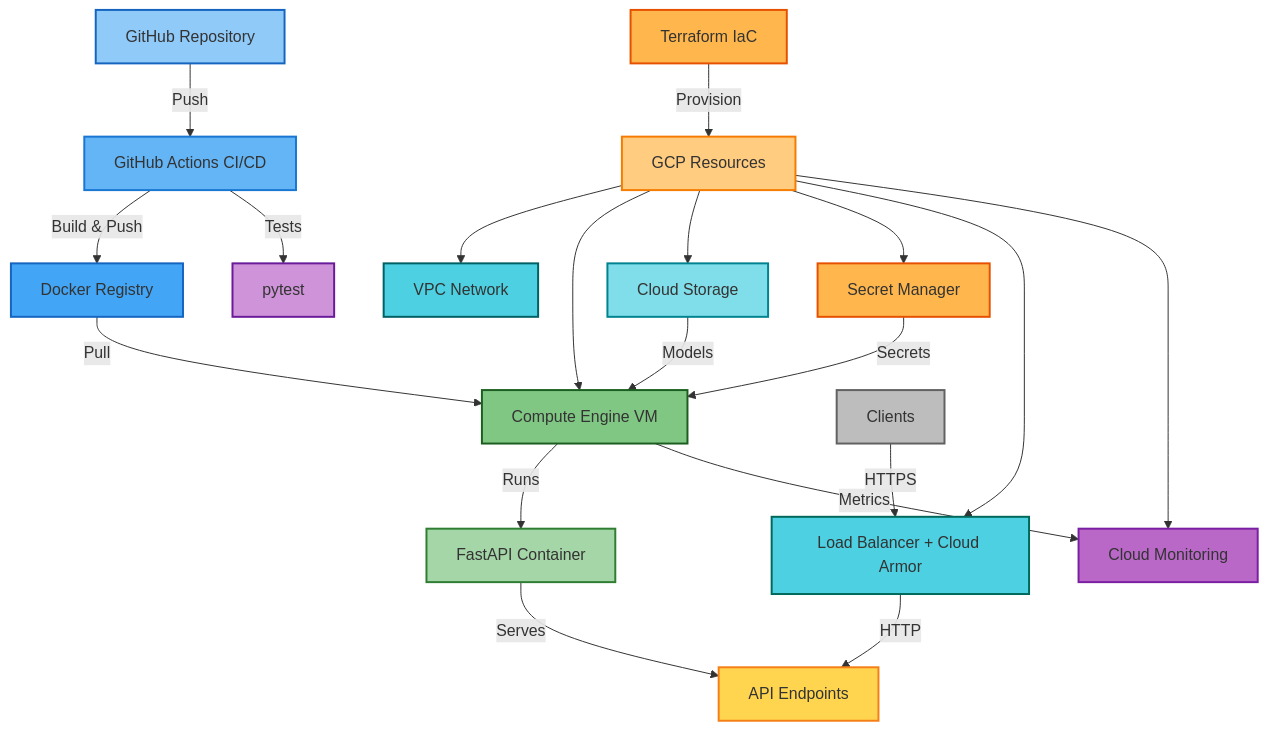
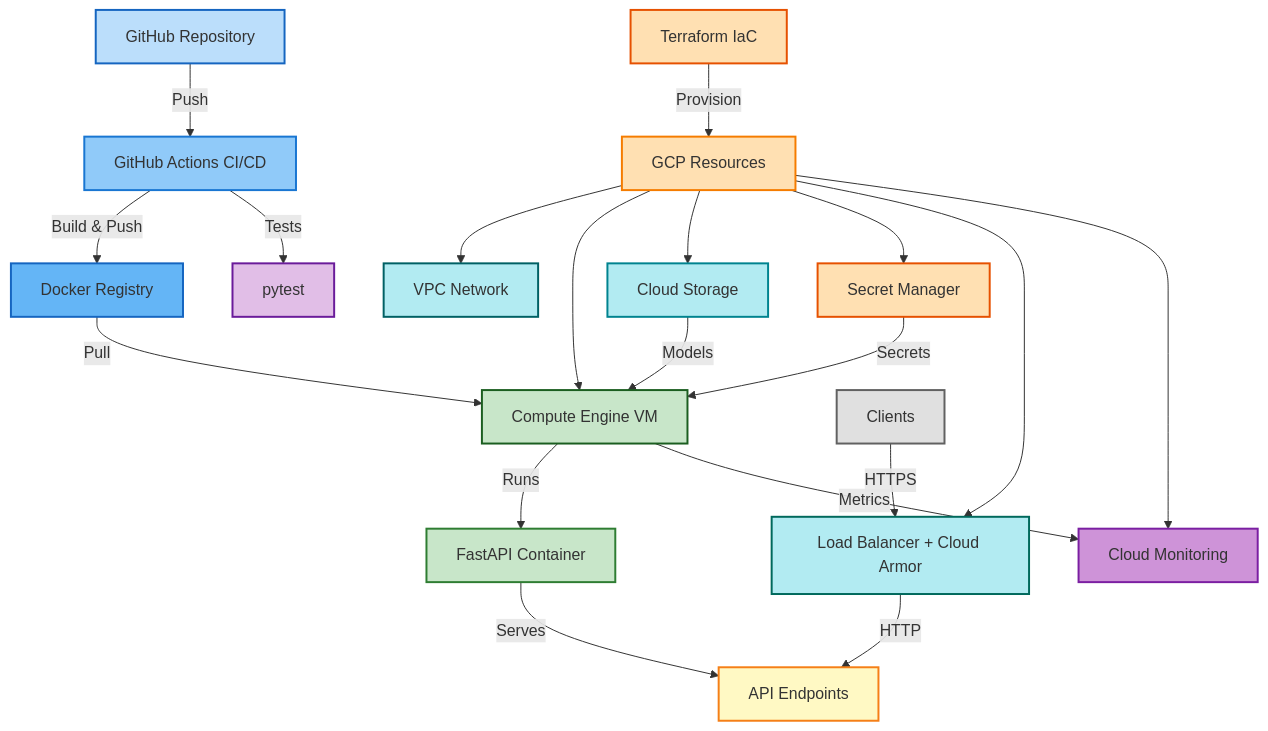
One commit to estephe-arnaud/mlops-core changed the diagram in README.md. Above: the diagram before and after it, drawn with Mermaid.

Commit message:
Update README to enhance color scheme descriptions for various project components, changing labels from 'doux' to 'clair' for improved clarity and consistency in visual representation.

````diff
--- a/README.md
+++ b/README.md
@@ -31,54 +31,54 @@
 ```mermaid
 graph TB
     A[GitHub Repository] -->|Push| B[GitHub Actions CI/CD]
     B -->|Build & Push| C[Docker Registry]
     B -->|Tests| D[pytest]
     
     E[Terraform IaC] -->|Provision| F[GCP Resources]
     F --> G[VPC Network]
     F --> H[Compute Engine VM]
     F --> I[Cloud Storage]
     F --> J[Secret Manager]
     F --> N[Load Balancer + Cloud Armor]
     F --> O[Cloud Monitoring]
     
     C -->|Pull| H
     I -->|Models| H
     J -->|Secrets| H
     
     H -->|Runs| K[FastAPI Container]
     K -->|Serves| L[API Endpoints]
     
     M[Clients] -->|HTTPS| N
     N -->|HTTP| L
     H -->|Metrics| O
     
-    %% Source & CI/CD (Bleu doux)
-    style A fill:#90caf9,stroke:#1565c0,stroke-width:2px
-    style B fill:#64b5f6,stroke:#1976d2,stroke-width:2px
-    style C fill:#42a5f5,stroke:#1565c0,stroke-width:2px
+    %% Source & CI/CD (Bleu clair)
+    style A fill:#bbdefb,stroke:#1565c0,stroke-width:2px
+    style B fill:#90caf9,stroke:#1976d2,stroke-width:2px
+    style C fill:#64b5f6,stroke:#1565c0,stroke-width:2px
     
-    %% Tests & Monitoring (Violet doux)
-    style D fill:#ce93d8,stroke:#6a1b9a,stroke-width:2px
-    style O fill:#ba68c8,stroke:#7b1fa2,stroke-width:2px
+    %% Tests & Monitoring (Violet clair)
+    style D fill:#e1bee7,stroke:#6a1b9a,stroke-width:2px
+    style O fill:#ce93d8,stroke:#7b1fa2,stroke-width:2px
     
-    %% Infrastructure IaC (Orange doux)
-    style E fill:#ffb74d,stroke:#e65100,stroke-width:2px
-    style F fill:#ffcc80,stroke:#f57c00,stroke-width:2px
-    style J fill:#ffb74d,stroke:#e65100,stroke-width:2px
+    %% Infrastructure IaC (Orange clair)
+    style E fill:#ffe0b2,stroke:#e65100,stroke-width:2px
+    style F fill:#ffe0b2,stroke:#f57c00,stroke-width:2px
+    style J fill:#ffe0b2,stroke:#e65100,stroke-width:2px
     
-    %% GCP Network & Storage (Cyan doux)
-    style G fill:#4dd0e1,stroke:#006064,stroke-width:2px
-    style I fill:#80deea,stroke:#00838f,stroke-width:2px
-    style N fill:#4dd0e1,stroke:#00695c,stroke-width:2px
+    %% GCP Network & Storage (Cyan clair)
+    style G fill:#b2ebf2,stroke:#006064,stroke-width:2px
+    style I fill:#b2ebf2,stroke:#00838f,stroke-width:2px
+    style N fill:#b2ebf2,stroke:#00695c,stroke-width:2px
     
-    %% Compute & Runtime (Vert doux)
-    style H fill:#81c784,stroke:#1b5e20,stroke-width:2px
-    style K fill:#a5d6a7,stroke:#2e7d32,stroke-width:2px
+    %% Compute & Runtime (Vert clair)
+    style H fill:#c8e6c9,stroke:#1b5e20,stroke-width:2px
+    style K fill:#c8e6c9,stroke:#2e7d32,stroke-width:2px
     
-    %% API & Endpoints (Jaune doux)
-    style L fill:#ffd54f,stroke:#f57f17,stroke-width:2px
+    %% API & Endpoints (Jaune clair)
+    style L fill:#fff9c4,stroke:#f57f17,stroke-width:2px
     
-    %% Clients (Gris moyen)
-    style M fill:#bdbdbd,stroke:#616161,stroke-width:2px
+    %% Clients (Gris clair)
+    style M fill:#e0e0e0,stroke:#616161,stroke-width:2px
 ```
````
